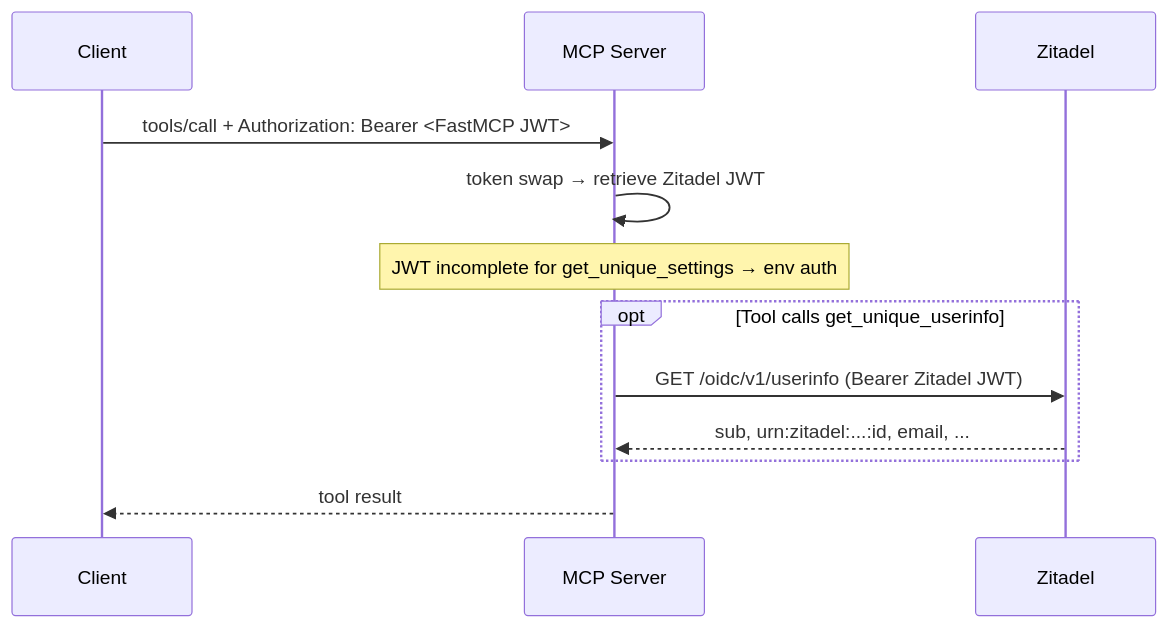
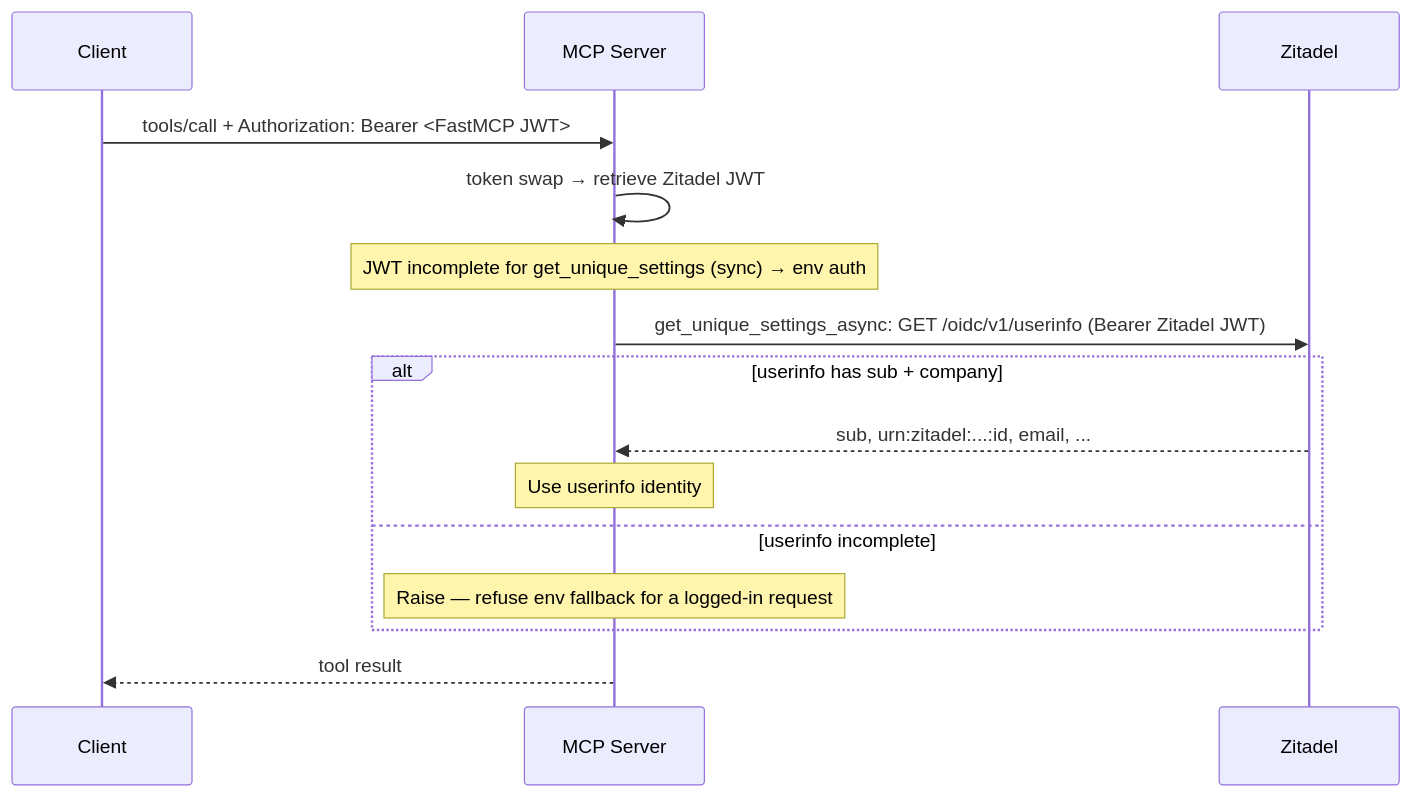
Before and after one commit to Unique-AG/ai: the third of 4 diagrams in unique_mcp/README.md, drawn with Mermaid. The commit also changed other lines of this file and 2 other files, not shown here.

First line of the commit message:
fix(unique_mcp): sync README diagrams/meta keys with async resolver; preserve traceback in folder-miss debug logs

````diff
--- a/unique_mcp/README.md
+++ b/unique_mcp/README.md
@@ -151,15 +157,18 @@
 ```mermaid
 sequenceDiagram
     participant Client
     participant MCP as MCP Server
     participant Zitadel
 
     Client->>MCP: tools/call + Authorization: Bearer <FastMCP JWT>
     MCP->>MCP: token swap → retrieve Zitadel JWT
-    Note over MCP: JWT incomplete for get_unique_settings → env auth
-    opt Tool calls get_unique_userinfo
-        MCP->>Zitadel: GET /oidc/v1/userinfo (Bearer Zitadel JWT)
+    Note over MCP: JWT incomplete for get_unique_settings (sync) → env auth
+    MCP->>Zitadel: get_unique_settings_async: GET /oidc/v1/userinfo (Bearer Zitadel JWT)
+    alt userinfo has sub + company
         Zitadel-->>MCP: sub, urn:zitadel:...:id, email, ...
+        Note over MCP: Use userinfo identity
+    else userinfo incomplete
+        Note over MCP: Raise — refuse env fallback for a logged-in request
     end
     MCP-->>Client: tool result
 ```
````
